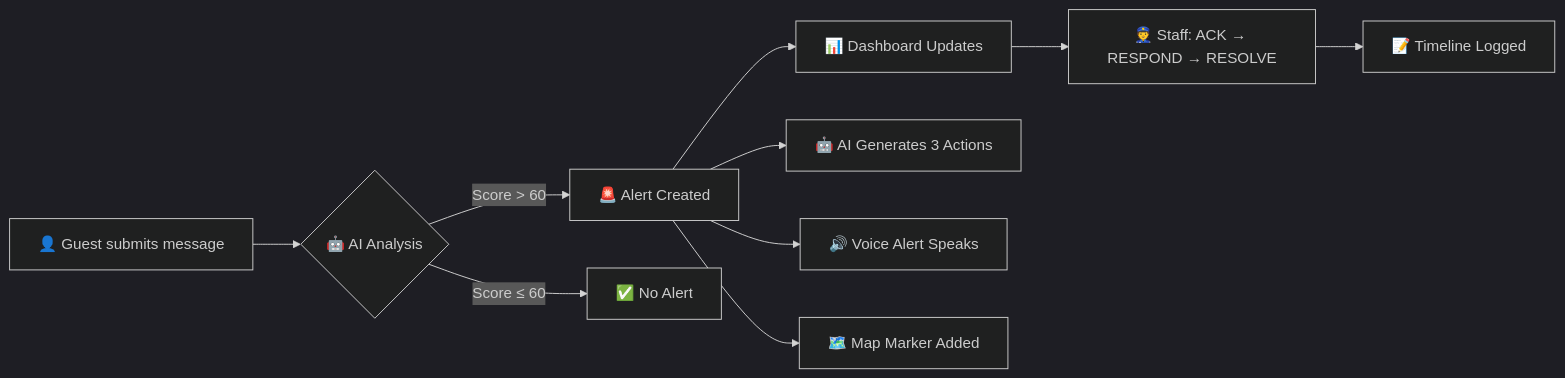
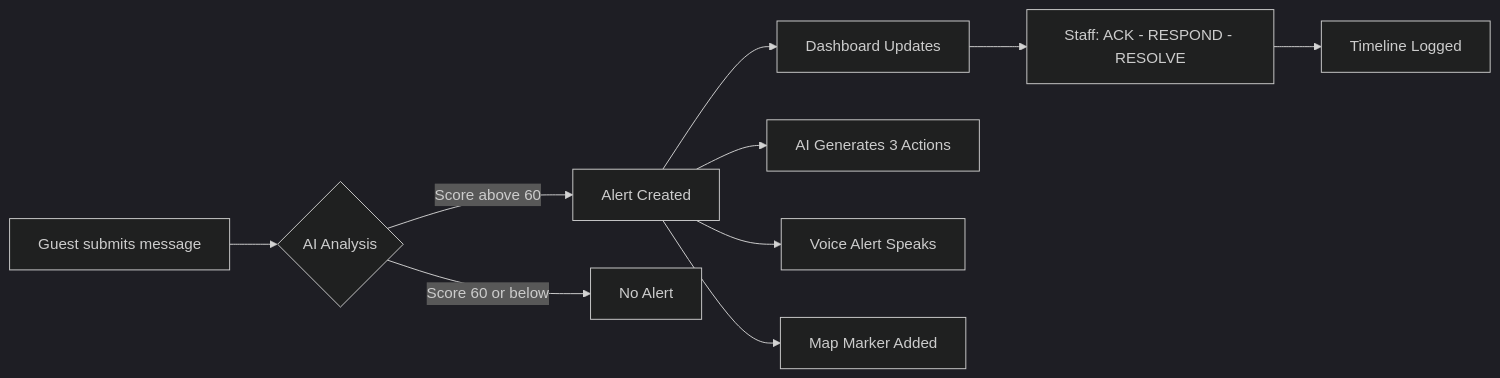
One commit to mirani9/Soln changed the diagram in README.md. Above: the diagram before and after it, drawn with Mermaid (dark theme).

Commit message:
fix: mermaid diagram rendering on GitHub

````diff
--- a/README.md
+++ b/README.md
@@ -393,12 +393,12 @@
 ```mermaid
 flowchart LR
-    A[👤 Guest submits message] --> B{🤖 AI Analysis}
-    B -->|Score > 60| C[🚨 Alert Created]
-    B -->|Score ≤ 60| D[✅ No Alert]
-    C --> E[📊 Dashboard Updates]
-    C --> F[🤖 AI Generates 3 Actions]
-    C --> G[🔊 Voice Alert Speaks]
-    C --> H[🗺️ Map Marker Added]
-    E --> I[👮 Staff: ACK → RESPOND → RESOLVE]
-    I --> J[📝 Timeline Logged]
+    A["Guest submits message"] --> B{"AI Analysis"}
+    B -->|"Score above 60"| C["Alert Created"]
+    B -->|"Score 60 or below"| D["No Alert"]
+    C --> E["Dashboard Updates"]
+    C --> F["AI Generates 3 Actions"]
+    C --> G["Voice Alert Speaks"]
+    C --> H["Map Marker Added"]
+    E --> I["Staff: ACK - RESPOND - RESOLVE"]
+    I --> J["Timeline Logged"]
 ```
````
